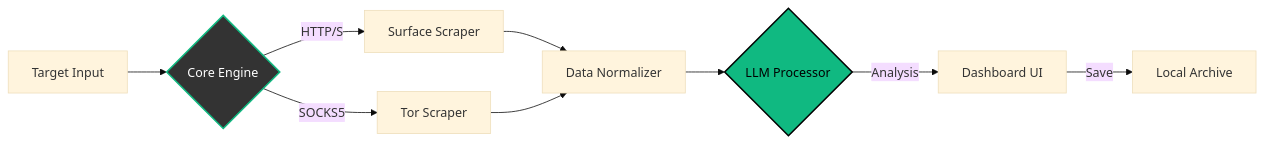
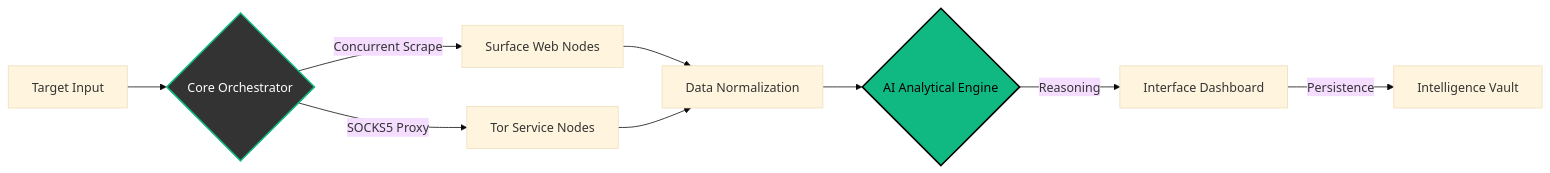
Before and after one commit to cipher-attack/cipher-osint: the diagram in readme.md, drawn with Mermaid (base theme). The commit also changed other lines of this file, not shown here.

````diff
--- a/readme.md
+++ b/readme.md
@@ -65,13 +63,13 @@
 ```mermaid
 graph LR
-    A[Target Input] --> B{Core Engine}
-    B -->|HTTP/S| C[Surface Scraper]
-    B -->|SOCKS5| D[Tor Scraper]
-    C --> E[Data Normalizer]
+    A[Target Input] --> B{Core Orchestrator}
+    B -->|Concurrent Scrape| C[Surface Web Nodes]
+    B -->|SOCKS5 Proxy| D[Tor Service Nodes]
+    C --> E[Data Normalization]
     D --> E
-    E --> F{LLM Processor}
-    F -->|Analysis| G[Dashboard UI]
-    G -->|Save| H[Local Archive]
+    E --> F{AI Analytical Engine}
+    F -->|Reasoning| G[Interface Dashboard]
+    G -->|Persistence| H[Intelligence Vault]
     style B fill:#333,stroke:#10b981,stroke-width:2px,color:#fff
     style F fill:#10b981,stroke:#000,stroke-width:2px,color:#000
 ```
````
